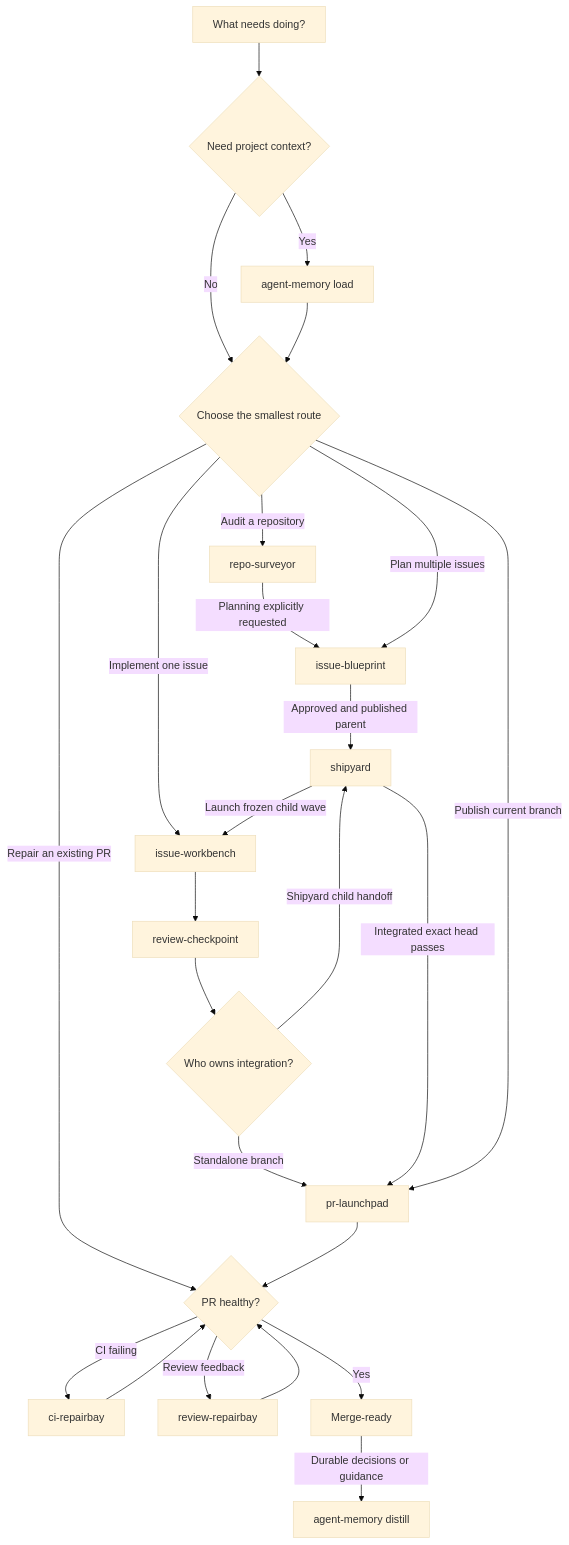
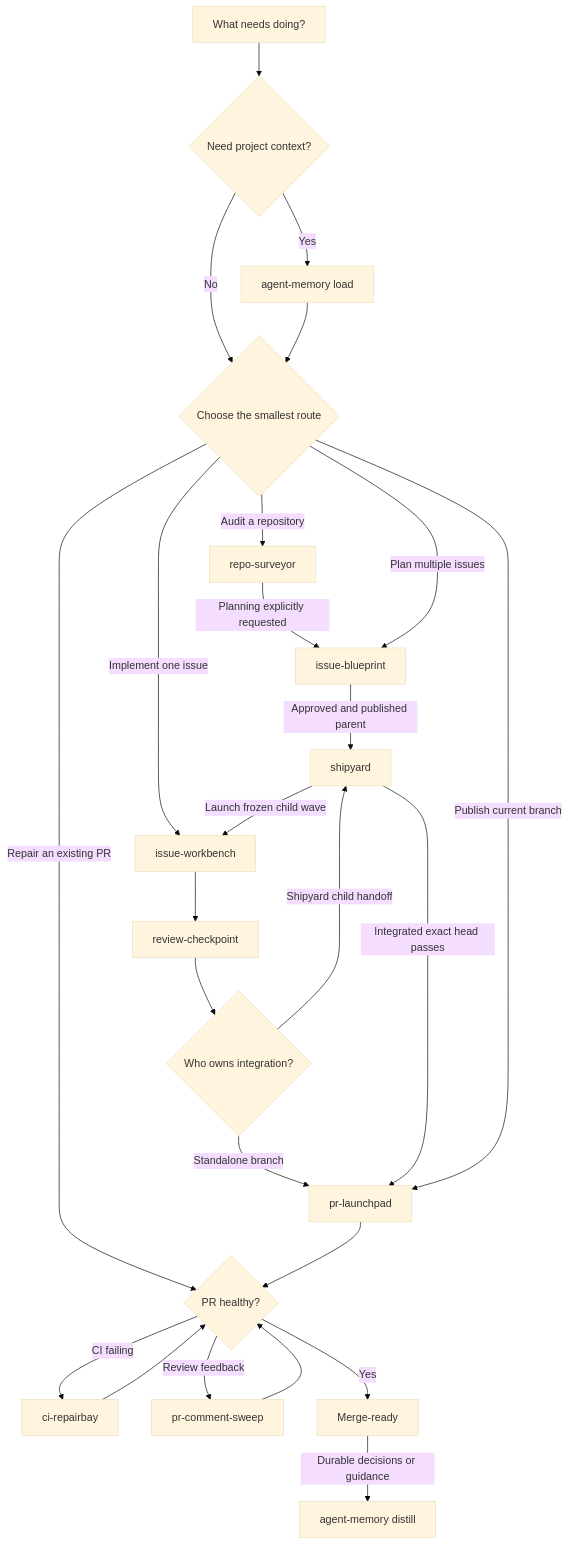
The diagram in README.md (HenryQW/skills), drawn with Mermaid (base theme) before and after one commit. The commit also changed other lines of this file and 2 other files, not shown here.

Commit message:
feat(pr-comment-sweep): add PR feedback repair skill

````diff
--- a/README.md
+++ b/README.md
@@ -35,27 +35,27 @@
 ```mermaid
 flowchart TD
   request["What needs doing?"] --> context{"Need project context?"}
   context -->|Yes| load["agent-memory load"]
   context -->|No| route{"Choose the smallest route"}
   load --> route
   route -->|Audit a repository| survey["repo-surveyor"]
   survey -->|Planning explicitly requested| blueprint["issue-blueprint"]
   route -->|Plan multiple issues| blueprint
   blueprint -->|Approved and published parent| shipyard["shipyard"]
   route -->|Implement one issue| workbench["issue-workbench"]
   shipyard -->|Launch frozen child wave| workbench
   workbench --> checkpoint["review-checkpoint"]
   checkpoint --> owner{"Who owns integration?"}
   owner -->|Standalone branch| launch["pr-launchpad"]
   owner -->|Shipyard child handoff| shipyard
   shipyard -->|Integrated exact head passes| launch
   route -->|Publish current branch| launch
   route -->|Repair an existing PR| health
   launch --> health
   health{"PR healthy?"} -->|CI failing| ci["ci-repairbay"]
   ci --> health
-  health -->|Review feedback| repair["review-repairbay"]
+  health -->|Review feedback| repair["pr-comment-sweep"]
   repair --> health
   health -->|Yes| done["Merge-ready"]
   done -->|Durable decisions or guidance| distill["agent-memory distill"]
 ```
````
